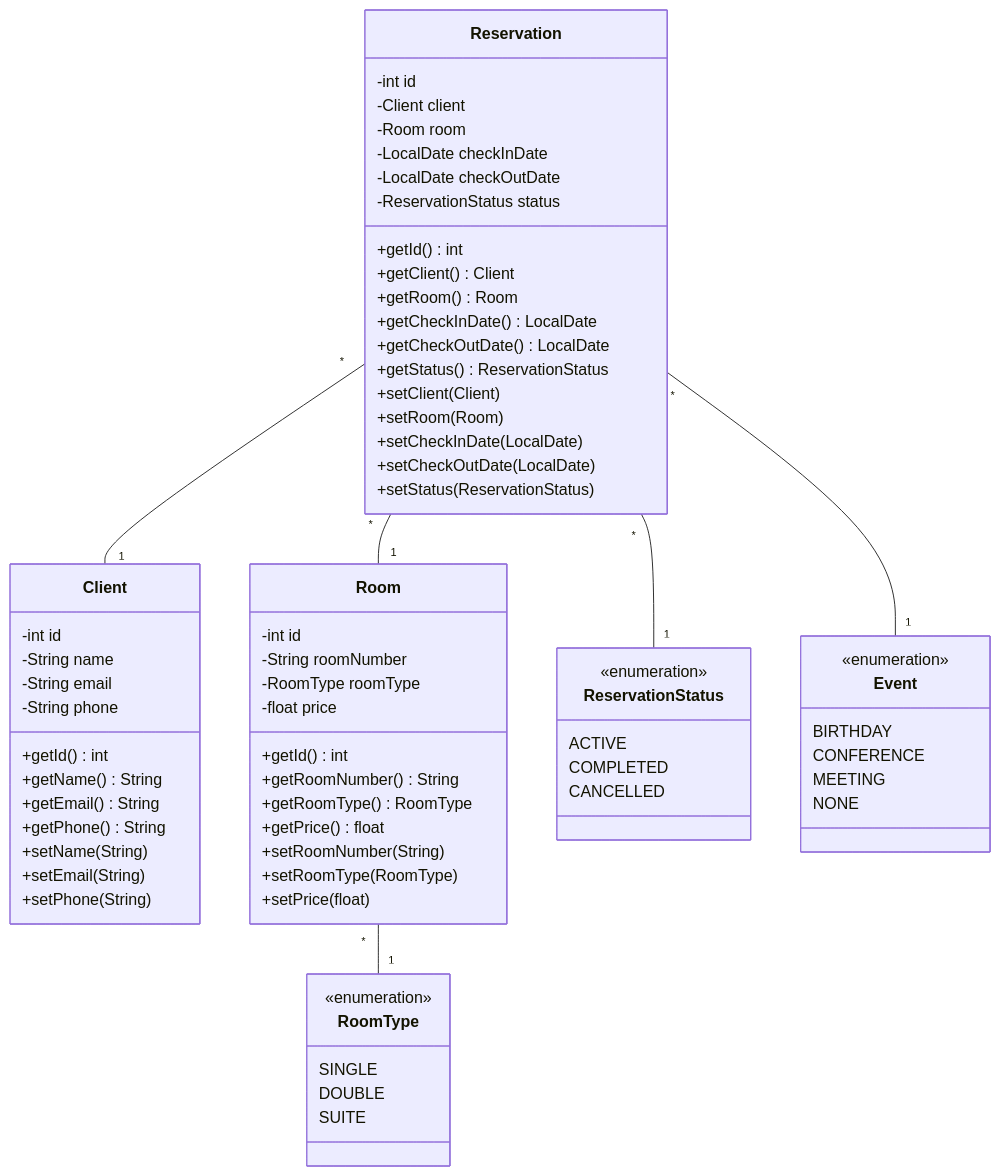
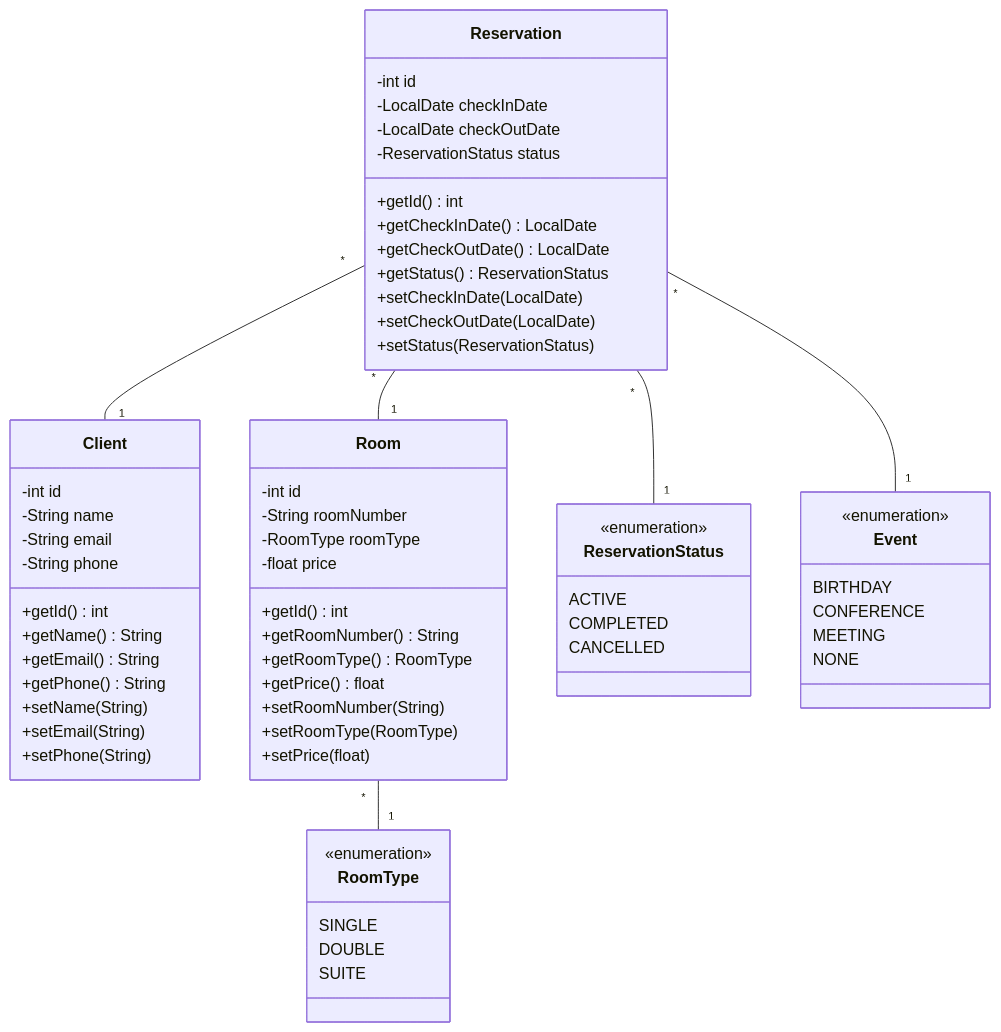
Before and after one commit to HMZElidrissi/hotel-reservation-system-cli: the diagram in README.md, drawn with Mermaid.

````diff
--- a/README.md
+++ b/README.md
@@ -7,78 +7,72 @@
 ```mermaid
 classDiagram
     class Client {
         -int id
         -String name
         -String email
         -String phone
         +getId() int
         +getName() String
         +getEmail() String
         +getPhone() String
         +setName(String)
         +setEmail(String)
         +setPhone(String)
     }
 
     class Reservation {
         -int id
-        -Client client
-        -Room room
         -LocalDate checkInDate
         -LocalDate checkOutDate
         -ReservationStatus status
         +getId() int
-        +getClient() Client
-        +getRoom() Room
         +getCheckInDate() LocalDate
         +getCheckOutDate() LocalDate
         +getStatus() ReservationStatus
-        +setClient(Client)
-        +setRoom(Room)
         +setCheckInDate(LocalDate)
         +setCheckOutDate(LocalDate)
         +setStatus(ReservationStatus)
     }
 
     class Room {
         -int id
         -String roomNumber
         -RoomType roomType
         -float price
         +getId() int
         +getRoomNumber() String
         +getRoomType() RoomType
         +getPrice() float
         +setRoomNumber(String)
         +setRoomType(RoomType)
         +setPrice(float)
     }
 
     class ReservationStatus {
         <<enumeration>>
         ACTIVE
         COMPLETED
         CANCELLED
     }
 
     class Event {
         <<enumeration>>
         BIRTHDAY
         CONFERENCE
         MEETING
         NONE
     }
 
     class RoomType {
         <<enumeration>>
         SINGLE
         DOUBLE
         SUITE
     }
 
     Reservation "*" -- "1" Client
     Reservation "*" -- "1" Room
     Reservation "*" -- "1" ReservationStatus
     Reservation "*" -- "1" Event
     Room "*" -- "1" RoomType
 ```
````
